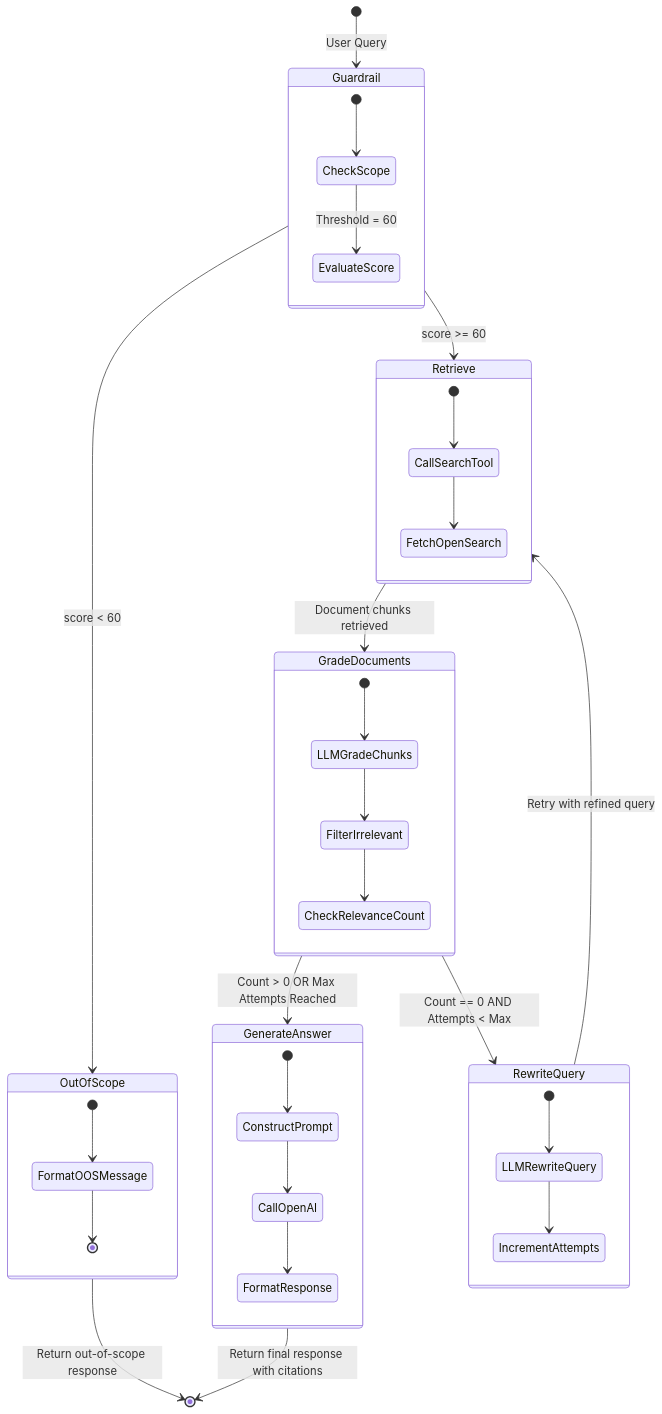
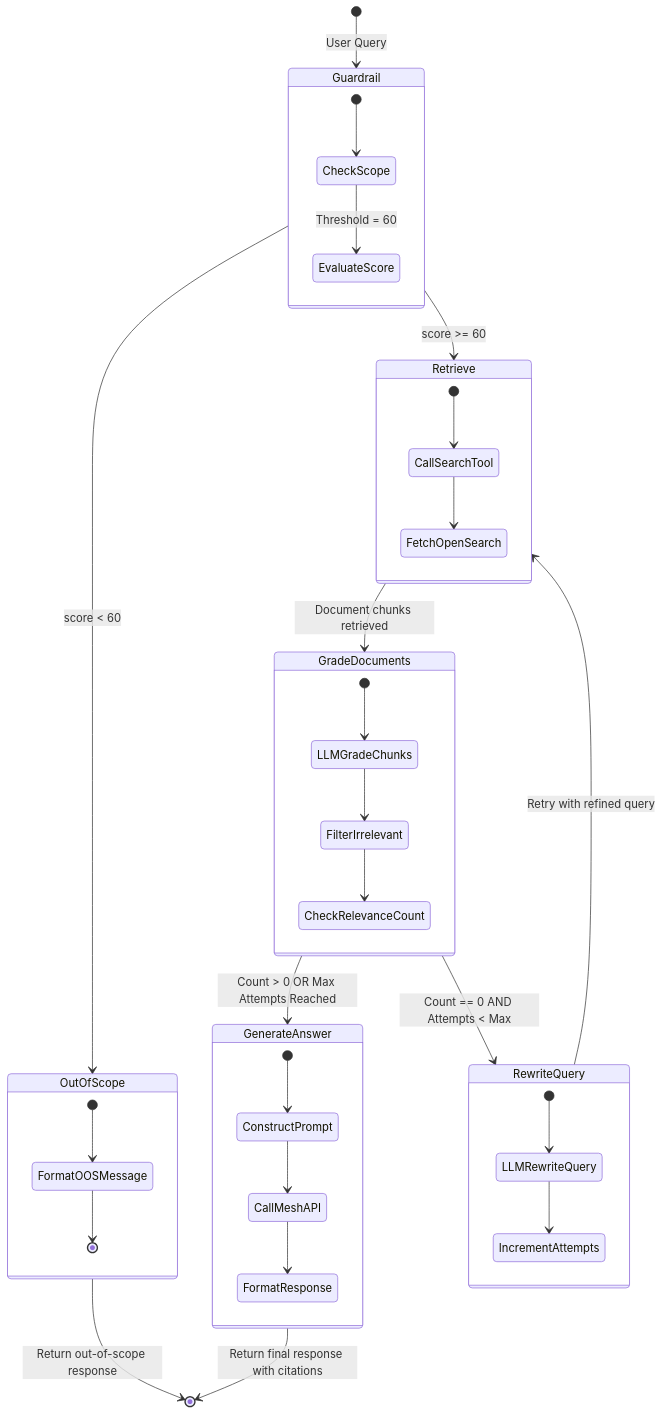
The fourth of 4 diagrams in README.md (Murtuzasaifee/ArxivLens), drawn with Mermaid before and after one commit. The commit also changed other lines of this file, not shown here.

Commit message:
MeshAPI updates

````diff
--- a/README.md
+++ b/README.md
@@ -172,49 +190,49 @@
 ```mermaid
 stateDiagram-v2
     direction TB
     [*] --> Guardrail : User Query
     
     state Guardrail {
         [*] --> CheckScope
         CheckScope --> EvaluateScore : Threshold = 60
     }
     
     Guardrail --> OutOfScope : score < 60
     Guardrail --> Retrieve : score >= 60
     
     state OutOfScope {
         [*] --> FormatOOSMessage
         FormatOOSMessage --> [*]
     }
     OutOfScope --> [*] : Return out-of-scope response
     
     state Retrieve {
         [*] --> CallSearchTool
         CallSearchTool --> FetchOpenSearch
     }
     
     Retrieve --> GradeDocuments : Document chunks retrieved
     
     state GradeDocuments {
         [*] --> LLMGradeChunks
         LLMGradeChunks --> FilterIrrelevant
         FilterIrrelevant --> CheckRelevanceCount
     }
     
     GradeDocuments --> GenerateAnswer : Count > 0 OR Max Attempts Reached
     GradeDocuments --> RewriteQuery : Count == 0 AND Attempts < Max
     
     state RewriteQuery {
         [*] --> LLMRewriteQuery
         LLMRewriteQuery --> IncrementAttempts
     }
     RewriteQuery --> Retrieve : Retry with refined query
     
     state GenerateAnswer {
         [*] --> ConstructPrompt
-        ConstructPrompt --> CallOpenAI
-        CallOpenAI --> FormatResponse
+        ConstructPrompt --> CallMeshAPI
+        CallMeshAPI --> FormatResponse
     }
     
     GenerateAnswer --> [*] : Return final response with citations
 ```
````
